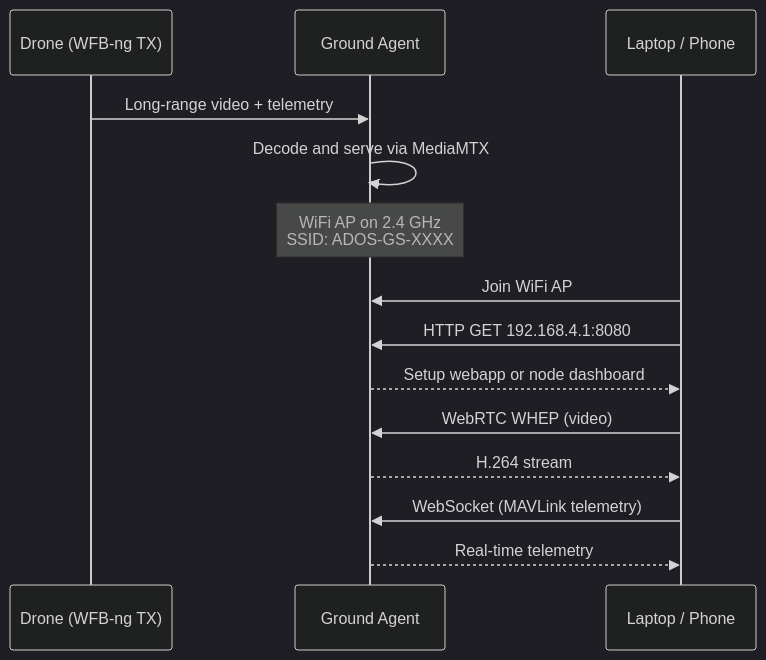
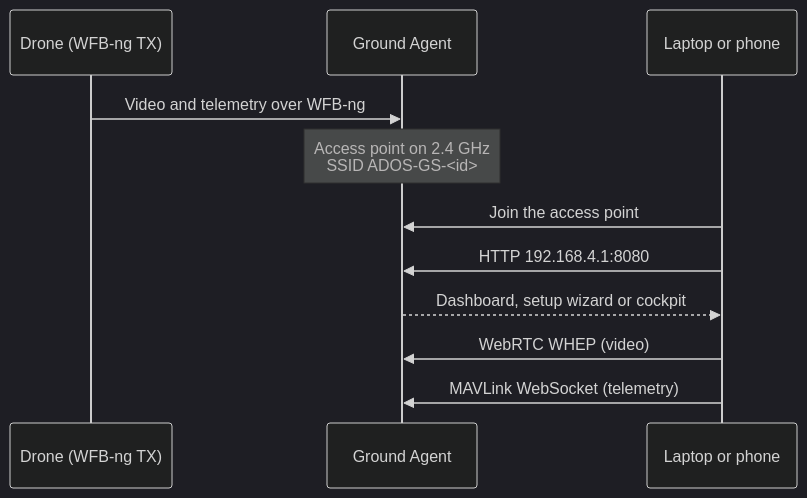
The diagram in ground-agent/wifi-ap.mdx (altnautica/Documentation), drawn with Mermaid before and after one commit. The commit also changed other lines of this file and 412 other files, not shown here.

````diff
--- a/ground-agent/wifi-ap.mdx
+++ b/ground-agent/wifi-ap.mdx
@@ -14,18 +14,15 @@
 ```mermaid
 %%{init: {'theme': 'dark'}}%%
 sequenceDiagram
     participant Drone as Drone (WFB-ng TX)
     participant GS as Ground Agent
-    participant Laptop as Laptop / Phone
+    participant Client as Laptop or phone
 
-    Drone->>GS: Long-range video + telemetry
-    GS->>GS: Decode and serve via MediaMTX
-    Note over GS: WiFi AP on 2.4 GHz<br/>SSID: ADOS-GS-XXXX
-    Laptop->>GS: Join WiFi AP
-    Laptop->>GS: HTTP GET 192.168.4.1:8080
-    GS-->>Laptop: Setup webapp or node dashboard
-    Laptop->>GS: WebRTC WHEP (video)
-    GS-->>Laptop: H.264 stream
-    Laptop->>GS: WebSocket (MAVLink telemetry)
-    GS-->>Laptop: Real-time telemetry
+    Drone->>GS: Video and telemetry over WFB-ng
+    Note over GS: Access point on 2.4 GHz<br/>SSID ADOS-GS-<id>
+    Client->>GS: Join the access point
+    Client->>GS: HTTP 192.168.4.1:8080
+    GS-->>Client: Dashboard, setup wizard or cockpit
+    Client->>GS: WebRTC WHEP (video)
+    Client->>GS: MAVLink WebSocket (telemetry)
 ```
````
